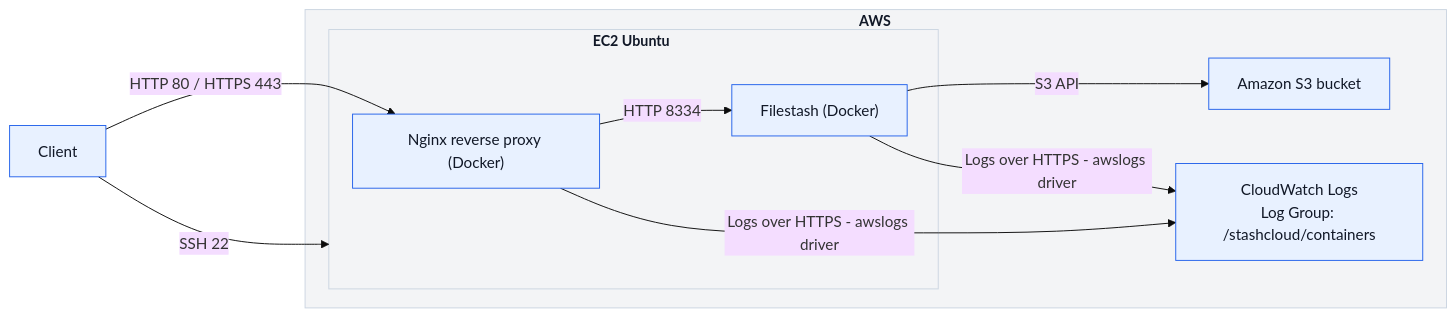
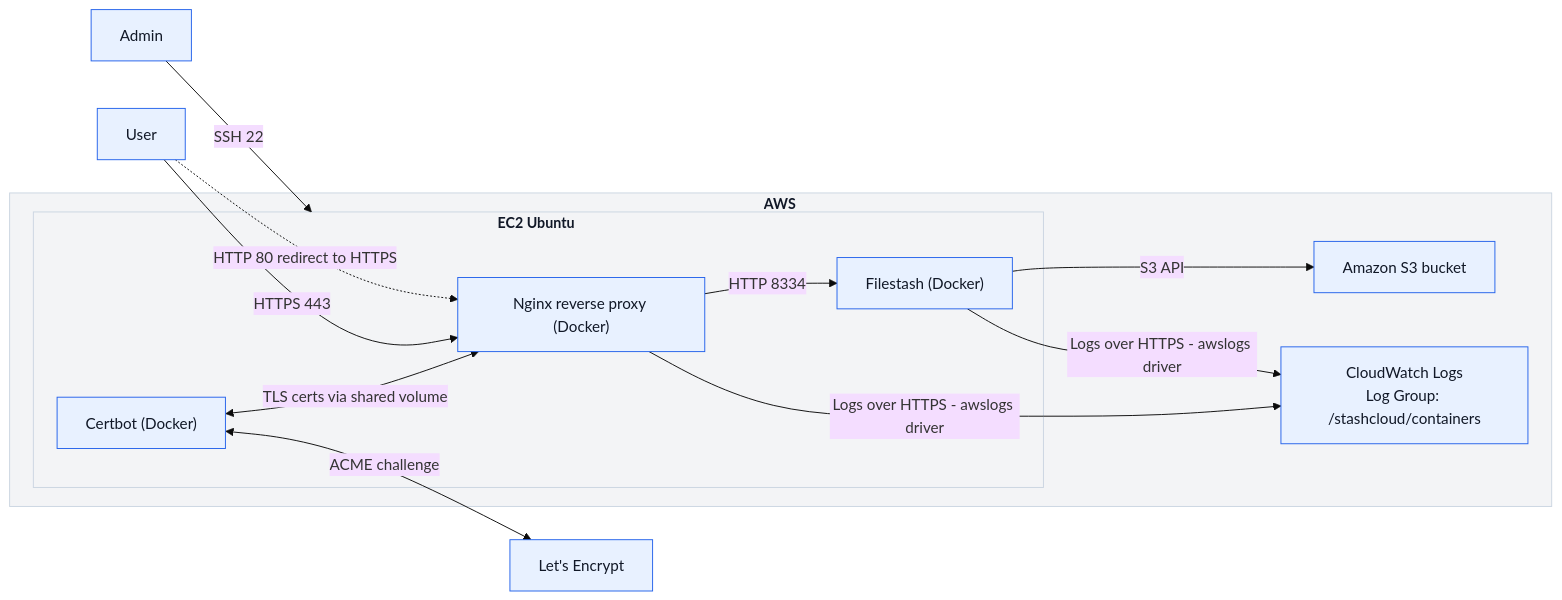
One commit to gsiegwald/stashcloud changed the first of 3 diagrams in README.md. Above: the diagram before and after it, drawn with Mermaid (base theme). The commit also changed other lines of this file and 10 other files, not shown here.

Commit message:
add HTTPS connection to nginx

````diff
--- a/README.md
+++ b/README.md
@@ -58,30 +60,38 @@
 ```mermaid
 flowchart LR
   %% Infrastructure
   subgraph AWS["AWS"]
     subgraph EC2["EC2 Ubuntu"]
       NGINX["Nginx reverse proxy (Docker)"]
       FS["Filestash (Docker)"]
+      CERTBOT["Certbot (Docker)"]
+      CERTBOT <-->|TLS certs via shared volume| NGINX
     end
     S3["Amazon S3 bucket"]
     CWL["CloudWatch Logs<br/>Log Group: /stashcloud/containers"]
   end
 
+  LE["Let's Encrypt"]
+
   %% Network flows
-  User["Client"] -->|SSH 22| EC2
-  User -->|HTTP 80 / HTTPS 443| NGINX
+  Admin["Admin"] -->|SSH 22| EC2
+  User["User"] -->|HTTPS 443| NGINX
+  User -.->|HTTP 80 redirect to HTTPS| NGINX
   NGINX -->|HTTP 8334| FS
   FS -->|S3 API| S3
+
+  %% TLS certificate flow
+  CERTBOT <-->|ACME challenge| LE
 
   %% Centralized logging flows
   NGINX -->|Logs over HTTPS - awslogs driver| CWL
   FS -->|Logs over HTTPS - awslogs driver| CWL
 
   %% ---- Subgraph styling (backgrounds) ----
   style AWS fill:#F3F4F6,stroke:#CBD5E1,stroke-width:1px,color:#111827,font-size:15px,font-weight:bold
   style EC2 fill:#F3F4F6,stroke:#CBD5E1,stroke-width:1px,color:#111827,font-size:15px,font-weight:bold
 
   %% ---- Node styling ----
   classDef default  fill:#E8F1FF,stroke:#2563EB,stroke-width:1px,color:#111827;
   classDef fileNode fill:#F3E8FF,stroke:#7C3AED,stroke-width:1px,color:#111827;
 ```
````
